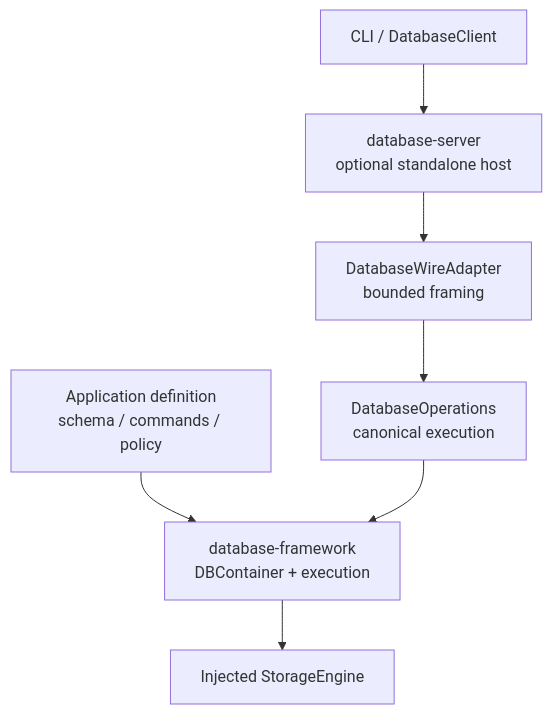
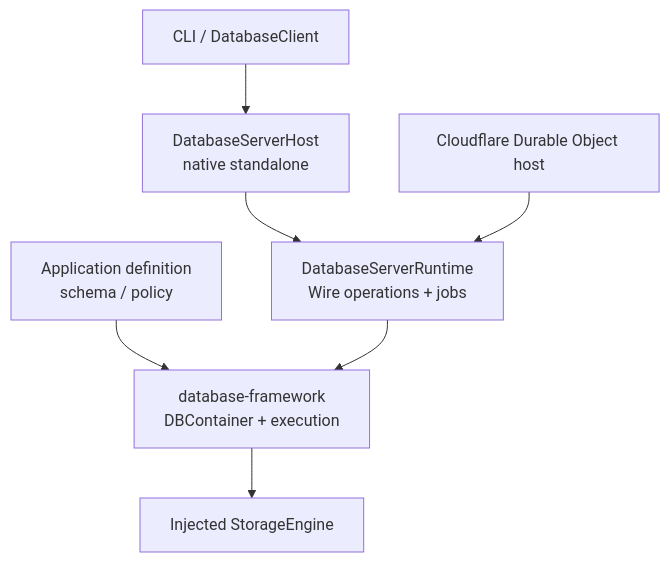
Before and after one commit to 1amageek/database-framework: the diagram in docs/architecture.md, drawn with Mermaid. The commit also changed other lines of this file and 500 other files, not shown here.

Commit message:
Restore lightweight database runtime boundaries

```diff
--- a/docs/architecture.md
+++ b/docs/architecture.md
@@ -57,9 +59,9 @@
 ~~~mermaid
 flowchart TB
-    Definition["Application definition<br/>schema / commands / policy"] --> Runtime["database-framework<br/>DBContainer + execution"]
-    Runtime --> Engine["Injected StorageEngine"]
-    NativeHost["database-server<br/>optional standalone host"] --> Adapter["DatabaseWireAdapter<br/>bounded framing"]
-    Adapter --> Operations["DatabaseOperations<br/>canonical execution"]
-    Operations --> Runtime
+    Definition["Application definition<br/>schema / policy"] --> Framework["database-framework<br/>DBContainer + execution"]
+    Framework --> Engine["Injected StorageEngine"]
+    NativeHost["DatabaseServerHost<br/>native standalone"] --> ServerRuntime["DatabaseServerRuntime<br/>Wire operations + jobs"]
+    Cloudflare["Cloudflare Durable Object host"] --> ServerRuntime
+    ServerRuntime --> Framework
     Remote["CLI / DatabaseClient"] --> NativeHost
 ~~~
```
